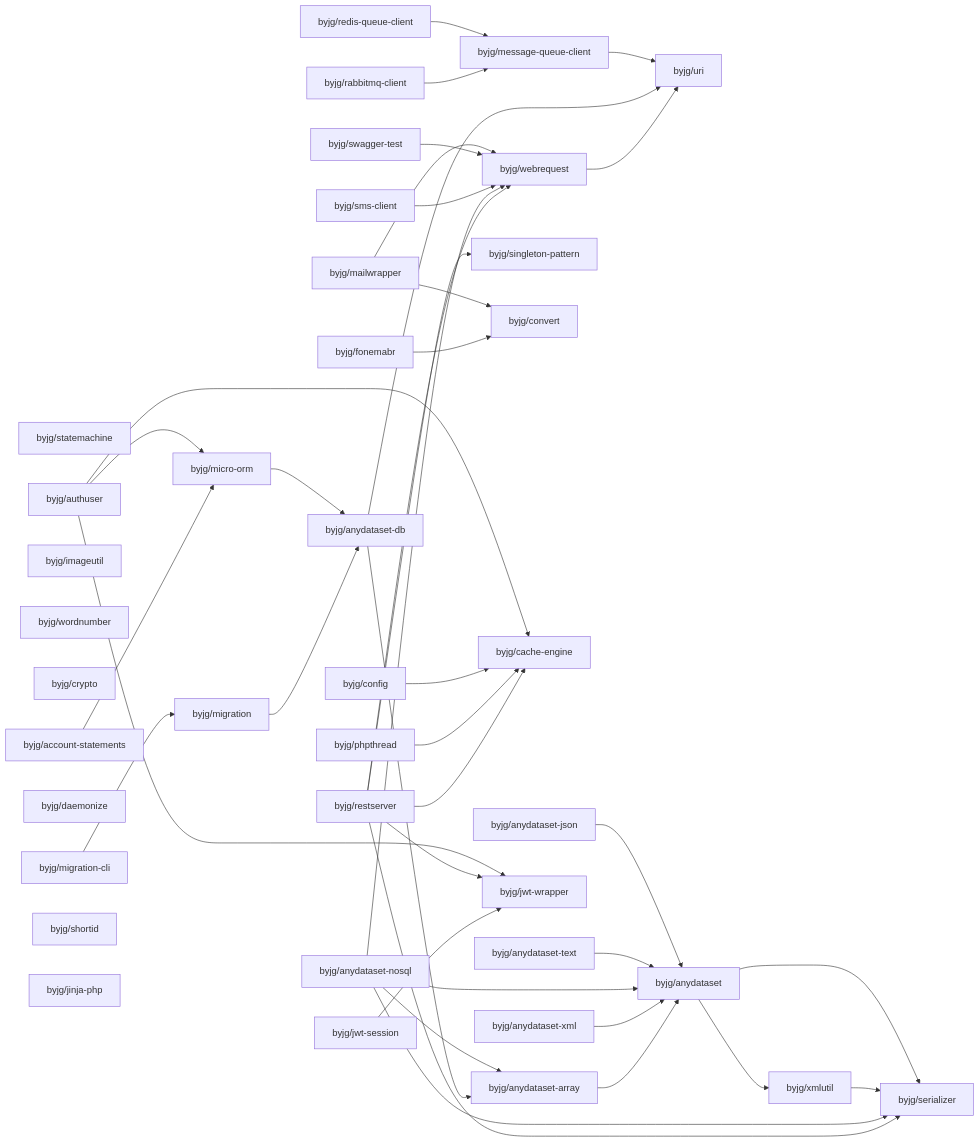
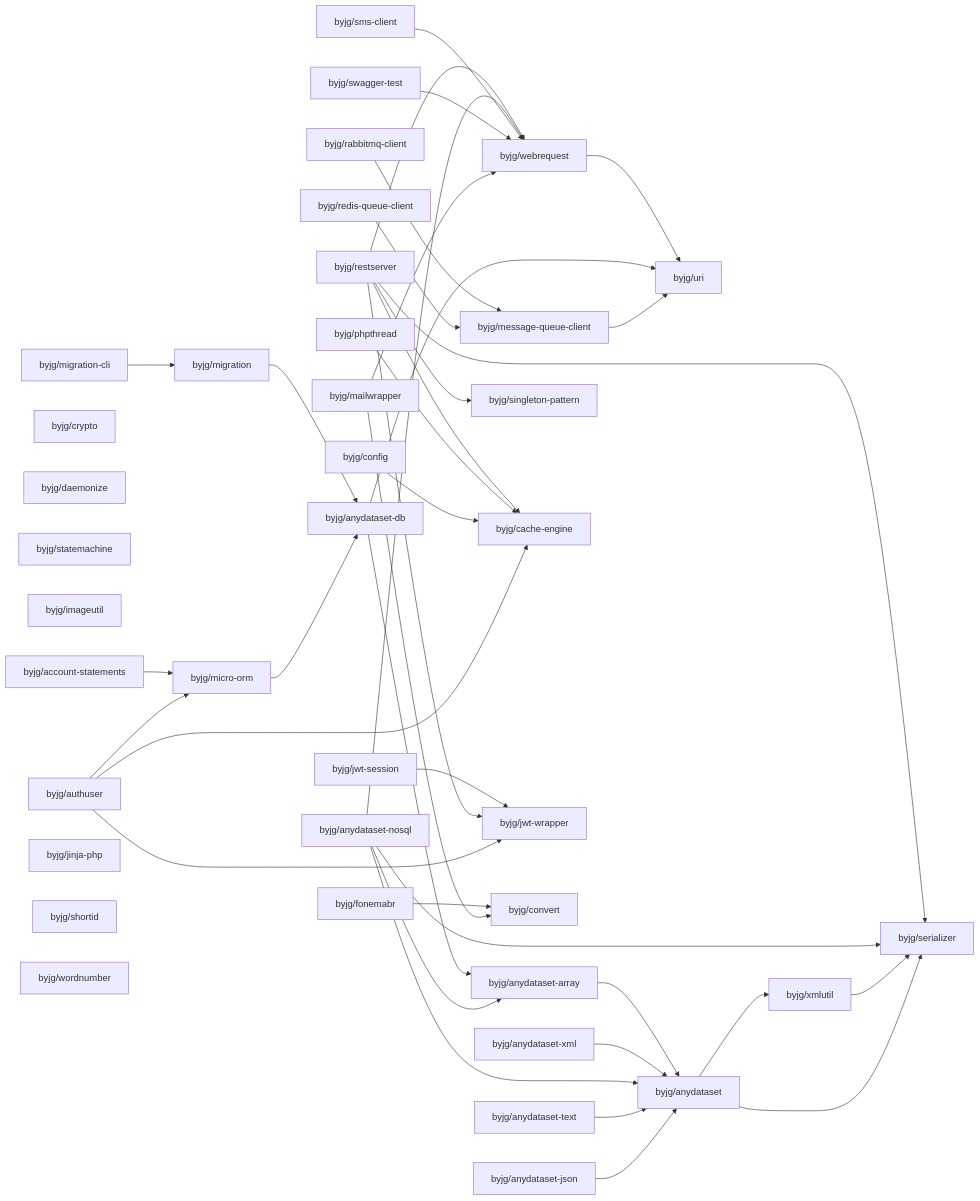
Before and after one commit to byjg/byjg.github.io: the diagram in docs/php/README.md, drawn with Mermaid. The commit also changed other lines of this file and 1 other file, not shown here.

Commit message:
Update documentation 'php' 'php-anydataset-json'

````diff
--- a/docs/php/README.md
+++ b/docs/php/README.md
@@ -3,78 +3,78 @@
 ```mermaid
 graph LR;
   byjg/rabbitmq-client;
-  byjg/mailwrapper;
+  byjg/anydataset-text;
+  byjg/jwt-session;
+  byjg/fonemabr;
+  byjg/authuser;
+  byjg/phpthread;
+  byjg/crypto;
+  byjg/daemonize;
+  byjg/config;
   byjg/statemachine;
-  byjg/restserver;
+  byjg/swagger-test;
+  byjg/imageutil;
+  byjg/redis-queue-client;
   byjg/anydataset-nosql;
   byjg/account-statements;
-  byjg/imageutil;
+  byjg/migration-cli;
+  byjg/restserver;
+  byjg/jinja-php;
   byjg/anydataset-xml;
-  byjg/swagger-test;
-  byjg/wordnumber;
-  byjg/phpthread;
-  byjg/crypto;
-  byjg/fonemabr;
-  byjg/migration-cli;
-  byjg/config;
-  byjg/anydataset-text;
-  byjg/daemonize;
-  byjg/authuser;
+  byjg/mailwrapper;
   byjg/anydataset-json;
   byjg/shortid;
-  byjg/redis-queue-client;
-  byjg/jwt-session;
-  byjg/jinja-php;
+  byjg/wordnumber;
   byjg/sms-client;
+  byjg/message-queue-client;
+  byjg/micro-orm;
+  byjg/migration;
   byjg/singleton-pattern;
+  byjg/cache-engine;
+  byjg/jwt-wrapper;
   byjg/convert;
-  byjg/migration;
-  byjg/micro-orm;
-  byjg/cache-engine;
-  byjg/message-queue-client;
-  byjg/jwt-wrapper;
   byjg/webrequest;
   byjg/anydataset-db;
   byjg/anydataset-array;
   byjg/uri;
   byjg/anydataset;
   byjg/xmlutil;
   byjg/serializer;
   byjg/account-statements --> byjg/micro-orm;
   byjg/fonemabr --> byjg/convert;
   byjg/webrequest --> byjg/uri;
   byjg/anydataset-array --> byjg/anydataset;
   byjg/anydataset-xml --> byjg/anydataset;
   byjg/rabbitmq-client --> byjg/message-queue-client;
   byjg/redis-queue-client --> byjg/message-queue-client;
   byjg/jwt-session --> byjg/jwt-wrapper;
   byjg/anydataset-db --> byjg/anydataset-array;
   byjg/anydataset-db --> byjg/uri;
   byjg/restserver --> byjg/serializer;
   byjg/restserver --> byjg/singleton-pattern;
   byjg/restserver --> byjg/cache-engine;
   byjg/restserver --> byjg/webrequest;
   byjg/restserver --> byjg/jwt-wrapper;
   byjg/migration --> byjg/anydataset-db;
   byjg/anydataset-nosql --> byjg/anydataset;
   byjg/anydataset-nosql --> byjg/anydataset-array;
   byjg/anydataset-nosql --> byjg/serializer;
   byjg/anydataset-nosql --> byjg/webrequest;
   byjg/phpthread --> byjg/cache-engine;
   byjg/sms-client --> byjg/webrequest;
   byjg/swagger-test --> byjg/webrequest;
   byjg/migration-cli --> byjg/migration;
   byjg/config --> byjg/cache-engine;
   byjg/anydataset-text --> byjg/anydataset;
   byjg/micro-orm --> byjg/anydataset-db;
   byjg/authuser --> byjg/micro-orm;
   byjg/authuser --> byjg/cache-engine;
   byjg/authuser --> byjg/jwt-wrapper;
   byjg/anydataset-json --> byjg/anydataset;
   byjg/mailwrapper --> byjg/convert;
   byjg/mailwrapper --> byjg/webrequest;
   byjg/xmlutil --> byjg/serializer;
   byjg/anydataset --> byjg/serializer;
   byjg/anydataset --> byjg/xmlutil;
   byjg/message-queue-client --> byjg/uri;
 ```
````
